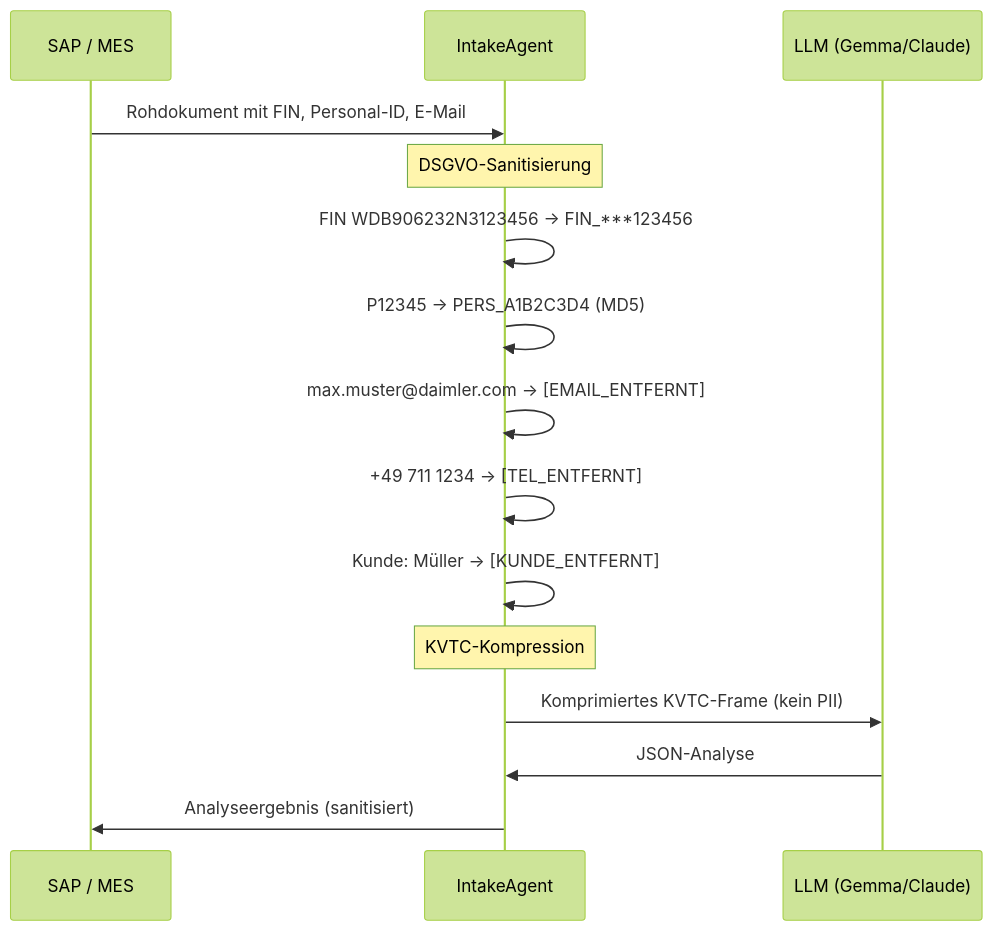
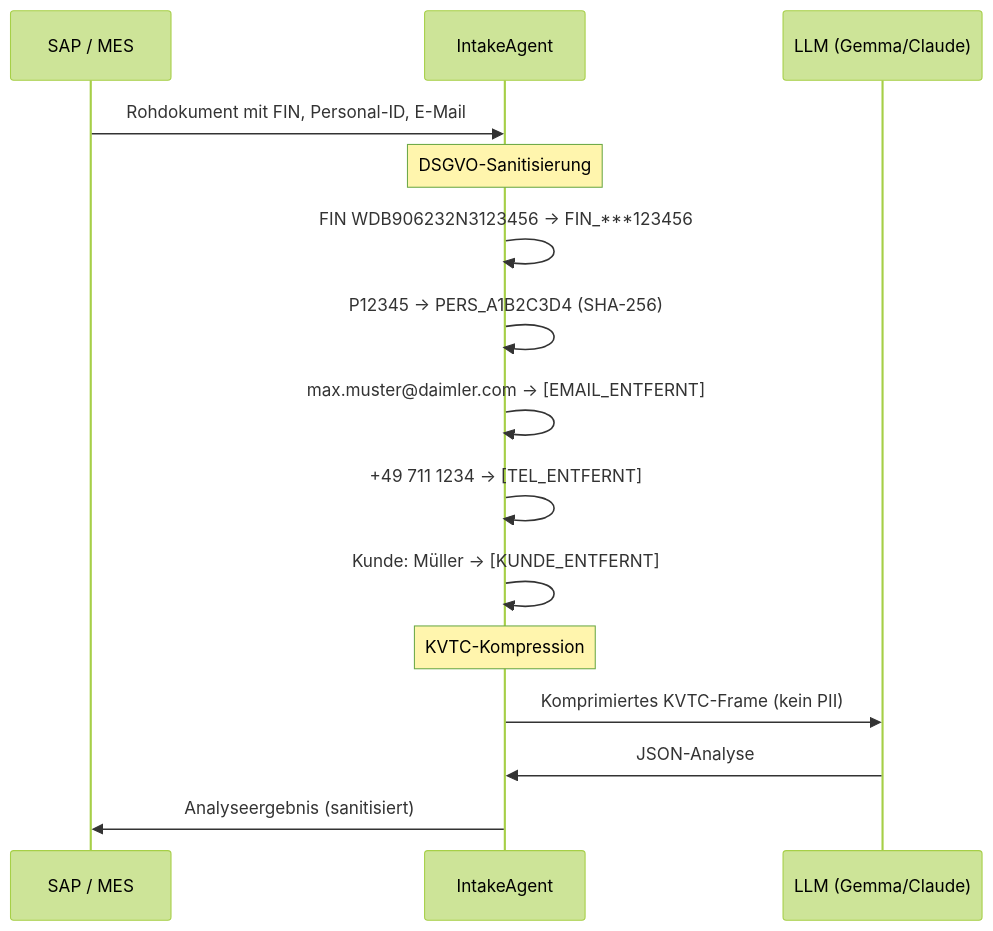
Before and after one commit to ProfRandom92/Comptext-Daimler-Experiment-: the fourth of 6 diagrams in README.md, drawn with Mermaid (forest theme). The commit also changed other lines of this file and 4 other files, not shown here.

````diff
--- a/README.md
+++ b/README.md
@@ -204,20 +205,20 @@
 ```mermaid
 sequenceDiagram
     participant SAP as SAP / MES
     participant IA as IntakeAgent
     participant LLM as LLM (Gemma/Claude)
 
     SAP->>IA: Rohdokument mit FIN, Personal-ID, E-Mail
 
     Note over IA: DSGVO-Sanitisierung
     IA->>IA: FIN WDB906232N3123456 → FIN_***123456
-    IA->>IA: P12345 → PERS_A1B2C3D4 (MD5)
+    IA->>IA: P12345 → PERS_A1B2C3D4 (SHA-256)
     IA->>IA: max.muster@daimler.com → [EMAIL_ENTFERNT]
     IA->>IA: +49 711 1234 → [TEL_ENTFERNT]
     IA->>IA: Kunde: Müller → [KUNDE_ENTFERNT]
 
     Note over IA: KVTC-Kompression
     IA->>LLM: Komprimiertes KVTC-Frame (kein PII)
     LLM->>IA: JSON-Analyse
     IA->>SAP: Analyseergebnis (sanitisiert)
 ```
````
